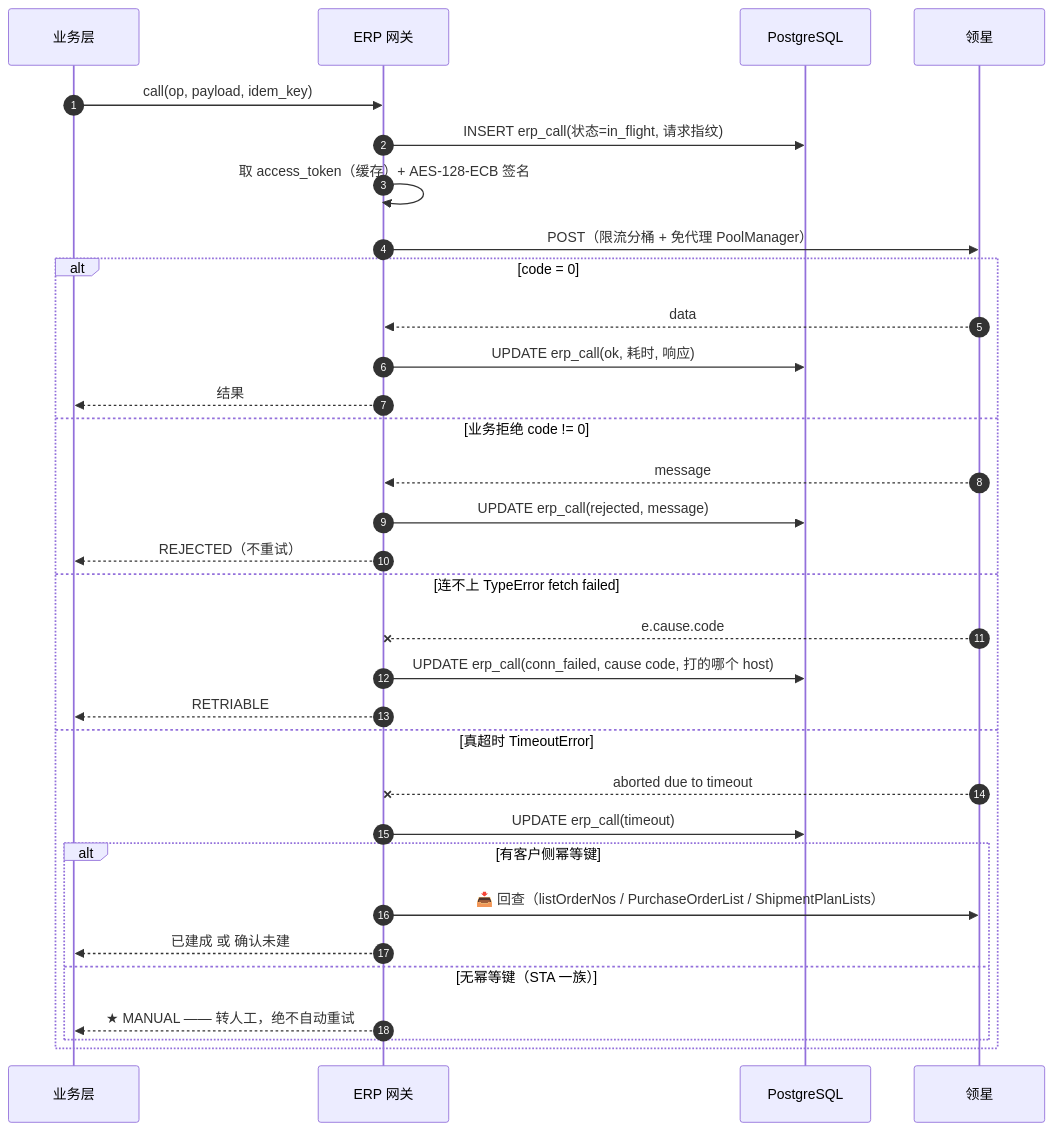
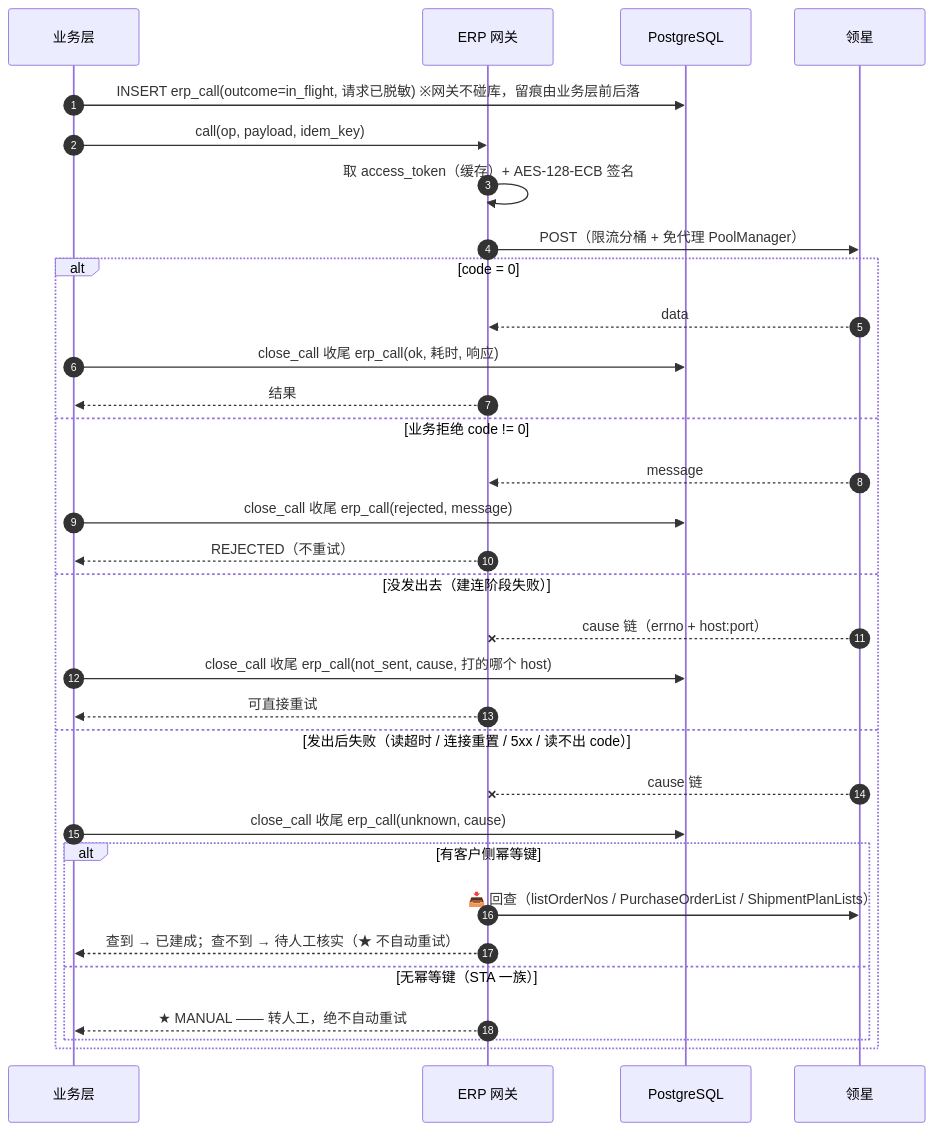
Before and after one commit to DuoWeiTree/service_supplychain: the seventh of 7 diagrams in docs/07-核心业务模块时序.md, drawn with Mermaid. The commit also changed other lines of this file and 10 other files, not shown here.

````diff
--- a/docs/07-核心业务模块时序.md
+++ b/docs/07-核心业务模块时序.md
@@ -411,36 +440,36 @@
 ```mermaid
 sequenceDiagram
     autonumber
     participant CALLER as 业务层
     participant GW as ERP 网关
     participant PG as PostgreSQL
     participant LX as 领星
 
+    CALLER->>PG: INSERT erp_call(outcome=in_flight, 请求已脱敏)  ※网关不碰库，留痕由业务层前后落
     CALLER->>GW: call(op, payload, idem_key)
-    GW->>PG: INSERT erp_call(状态=in_flight, 请求指纹)
     GW->>GW: 取 access_token（缓存）+ AES-128-ECB 签名
     GW->>LX: POST（限流分桶 + 免代理 PoolManager）
 
     alt code = 0
         LX-->>GW: data
-        GW->>PG: UPDATE erp_call(ok, 耗时, 响应)
+        CALLER->>PG: close_call 收尾 erp_call(ok, 耗时, 响应)
         GW-->>CALLER: 结果
     else 业务拒绝 code != 0
         LX-->>GW: message
-        GW->>PG: UPDATE erp_call(rejected, message)
+        CALLER->>PG: close_call 收尾 erp_call(rejected, message)
         GW-->>CALLER: REJECTED（不重试）
-    else 连不上 TypeError fetch failed
-        LX--xGW: e.cause.code
-        GW->>PG: UPDATE erp_call(conn_failed, cause code, 打的哪个 host)
-        GW-->>CALLER: RETRIABLE
-    else 真超时 TimeoutError
-        LX--xGW: aborted due to timeout
-        GW->>PG: UPDATE erp_call(timeout)
+    else 没发出去（建连阶段失败）
+        LX--xGW: cause 链（errno + host:port）
+        CALLER->>PG: close_call 收尾 erp_call(not_sent, cause, 打的哪个 host)
+        GW-->>CALLER: 可直接重试
+    else 发出后失败（读超时 / 连接重置 / 5xx / 读不出 code）
+        LX--xGW: cause 链
+        CALLER->>PG: close_call 收尾 erp_call(unknown, cause)
         alt 有客户侧幂等键
             GW->>LX: 📥 回查（listOrderNos / PurchaseOrderList / ShipmentPlanLists）
-            GW-->>CALLER: 已建成 或 确认未建
+            GW-->>CALLER: 查到 → 已建成；查不到 → 待人工核实（★ 不自动重试）
         else 无幂等键（STA 一族）
             GW-->>CALLER: ★ MANUAL —— 转人工，绝不自动重试
         end
     end
 ```
````
